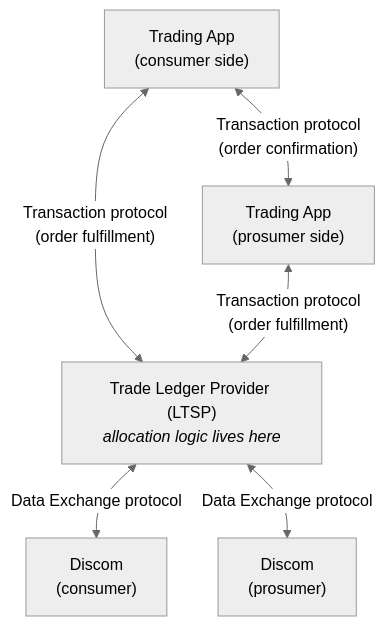
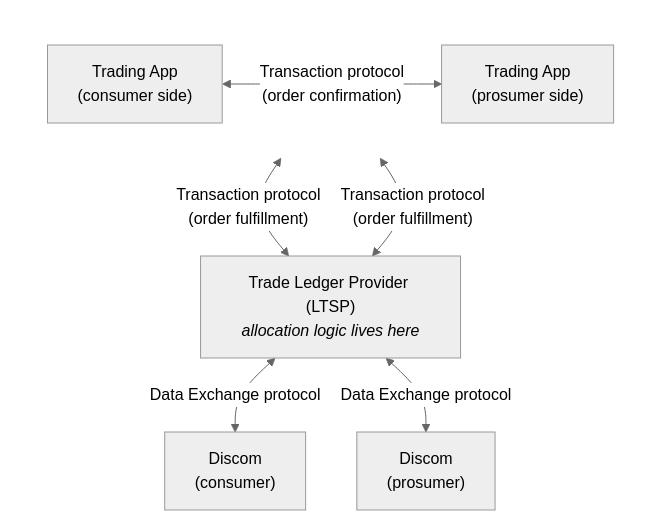
The third of 3 diagrams in docs/implementation-guides/v2/P2P_Trading/Inter_energy_retailer_P2P_trading_altarch_draft.md (areebahmeddd/digital-energy-grid), drawn with Mermaid (neutral theme) before and after one commit.

Commit message:
docs/p2p-altarch: align Trading Apps at same rank in LTSP block diagram
Wrap consumer- and prosumer-side Trading Apps in an invisible LR subgraph so they render side-by-side above the LTSP.

````diff
--- a/docs/implementation-guides/v2/P2P_Trading/Inter_energy_retailer_P2P_trading_altarch_draft.md
+++ b/docs/implementation-guides/v2/P2P_Trading/Inter_energy_retailer_P2P_trading_altarch_draft.md
@@ -288,14 +288,19 @@
 ```mermaid
 flowchart TB
-    TAc["Trading App<br/>(consumer side)"]
-    TAp["Trading App<br/>(prosumer side)"]
+    subgraph TPs[" "]
+        direction LR
+        TAc["Trading App<br/>(consumer side)"]
+        TAp["Trading App<br/>(prosumer side)"]
+    end
     LTSP["Trade Ledger Provider (LTSP)<br/><i>allocation logic lives here</i>"]
     Dc["Discom<br/>(consumer)"]
     Dp["Discom<br/>(prosumer)"]
 
     TAc <-->|"Transaction protocol<br/>(order confirmation)"| TAp
     TAc <-->|"Transaction protocol<br/>(order fulfillment)"| LTSP
     TAp <-->|"Transaction protocol<br/>(order fulfillment)"| LTSP
     LTSP <-->|"Data Exchange protocol"| Dc
     LTSP <-->|"Data Exchange protocol"| Dp
+
+    style TPs fill:none,stroke:none
 ```
````
